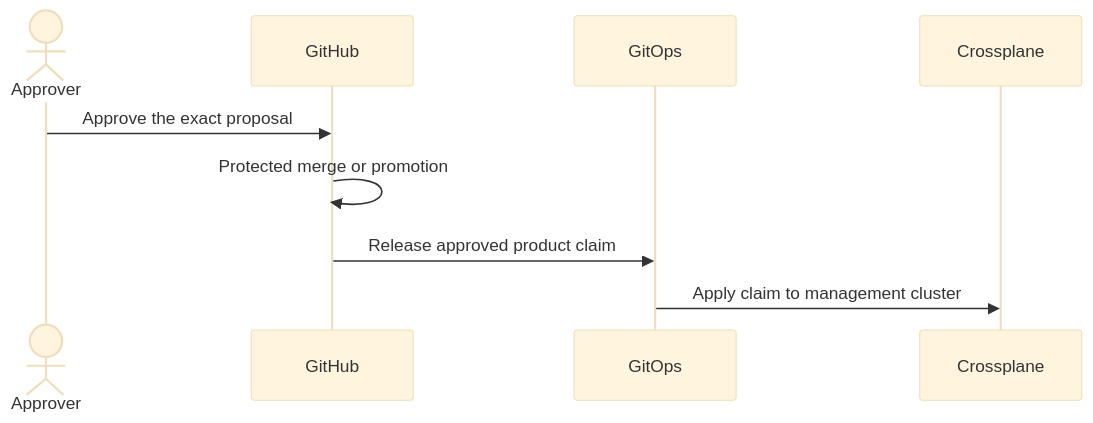
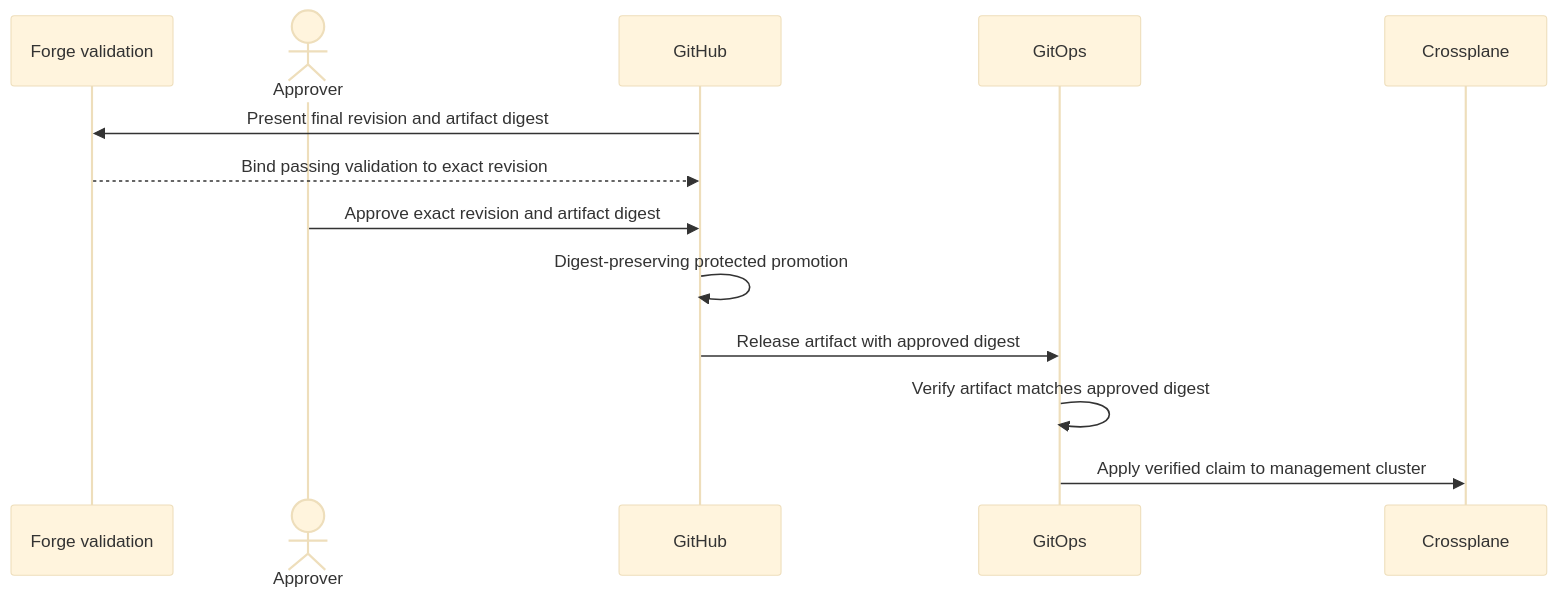
The fourth of 5 diagrams in docs/PRODUCT-ARCHITECTURE.md (InfrastructureProductWorks/ai-powered-infrastructure-as-a-product), drawn with Mermaid (base theme) before and after one commit. The commit also changed other lines of this file, not shown here.

Commit message:
docs: preserve approved digest through GitOps delivery

````diff
--- a/docs/PRODUCT-ARCHITECTURE.md
+++ b/docs/PRODUCT-ARCHITECTURE.md
@@ -206,12 +208,16 @@
 ```mermaid
 sequenceDiagram
+  participant ForgeGate as Forge validation
   actor Approver
   participant GitHub
   participant GitOps
   participant Crossplane
 
-  Approver->>GitHub: Approve the exact proposal
-  GitHub->>GitHub: Protected merge or promotion
-  GitHub->>GitOps: Release approved product claim
-  GitOps->>Crossplane: Apply claim to management cluster
+  GitHub->>ForgeGate: Present final revision and artifact digest
+  ForgeGate-->>GitHub: Bind passing validation to exact revision
+  Approver->>GitHub: Approve exact revision and artifact digest
+  GitHub->>GitHub: Digest-preserving protected promotion
+  GitHub->>GitOps: Release artifact with approved digest
+  GitOps->>GitOps: Verify artifact matches approved digest
+  GitOps->>Crossplane: Apply verified claim to management cluster
 ```
````
